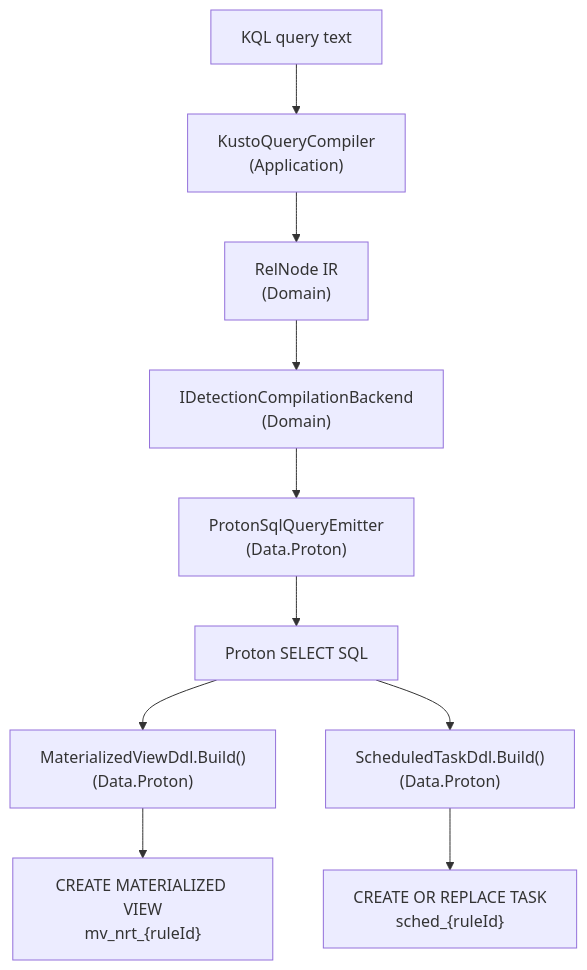
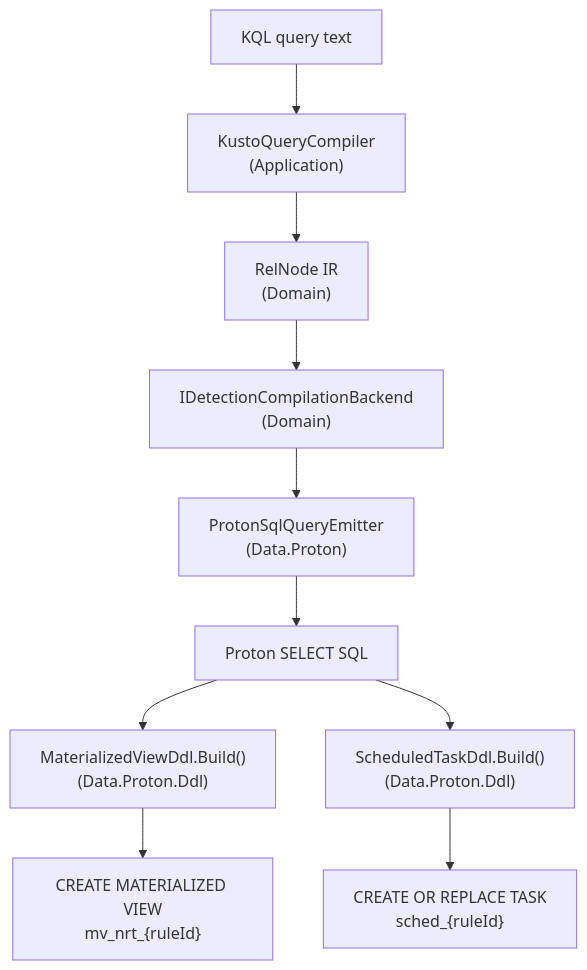
The fourth of 6 diagrams in docs/ARCHITECTURE.md (DeltaZulu-OU/DeltaZulu.Platform), drawn with Mermaid before and after one commit. The commit also changed other lines of this file and 2 other files, not shown here.

Commit message:
Document Proton runtime scaffold and reconcile roadmap with master's Phase 3B/4 state

````diff
--- a/docs/ARCHITECTURE.md
+++ b/docs/ARCHITECTURE.md
@@ -505,12 +505,12 @@
 ```mermaid
 flowchart TD
     KQL["KQL query text"] --> KC["KustoQueryCompiler<br/>(Application)"]
     KC --> RN["RelNode IR<br/>(Domain)"]
     RN --> BE["IDetectionCompilationBackend<br/>(Domain)"]
     BE --> PE["ProtonSqlQueryEmitter<br/>(Data.Proton)"]
     PE --> SQL["Proton SELECT SQL"]
-    SQL --> MV["MaterializedViewDdl.Build()<br/>(Data.Proton)"]
-    SQL --> ST["ScheduledTaskDdl.Build()<br/>(Data.Proton)"]
+    SQL --> MV["MaterializedViewDdl.Build()<br/>(Data.Proton.Ddl)"]
+    SQL --> ST["ScheduledTaskDdl.Build()<br/>(Data.Proton.Ddl)"]
     MV --> NRT_DDL["CREATE MATERIALIZED VIEW<br/>mv_nrt_{ruleId}"]
     ST --> SCHED_DDL["CREATE OR REPLACE TASK<br/>sched_{ruleId}"]
 ```
````
